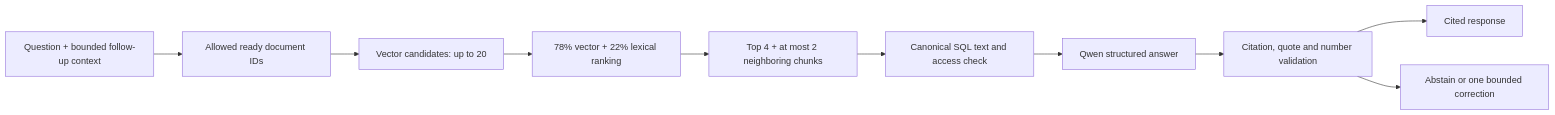
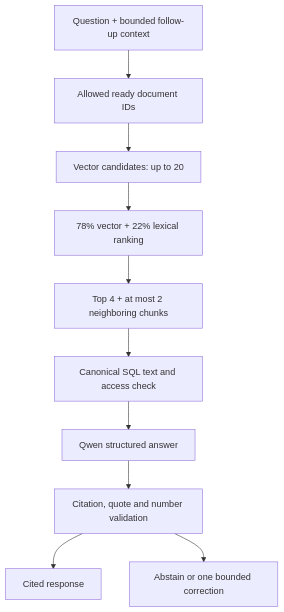
The first of 2 diagrams in docs/RAG_AND_AGENTS.md (MohamedZakkaria2004/Threadline), drawn with Mermaid before and after one commit. The commit also changed 1 other file, not shown here.

Commit message:
Improve architecture diagram readability on GitHub

````diff
--- a/docs/RAG_AND_AGENTS.md
+++ b/docs/RAG_AND_AGENTS.md
@@ -20,12 +20,12 @@
 ```mermaid
-flowchart LR
+flowchart TD
     Q["Question + bounded follow-up context"] --> A["Allowed ready document IDs"]
     A --> V["Vector candidates: up to 20"]
     V --> R["78% vector + 22% lexical ranking"]
     R --> C["Top 4 + at most 2 neighboring chunks"]
     C --> SQL["Canonical SQL text and access check"]
     SQL --> L["Qwen structured answer"]
     L --> G["Citation, quote and number validation"]
     G --> OK["Cited response"]
     G --> NO["Abstain or one bounded correction"]
 ```
````
